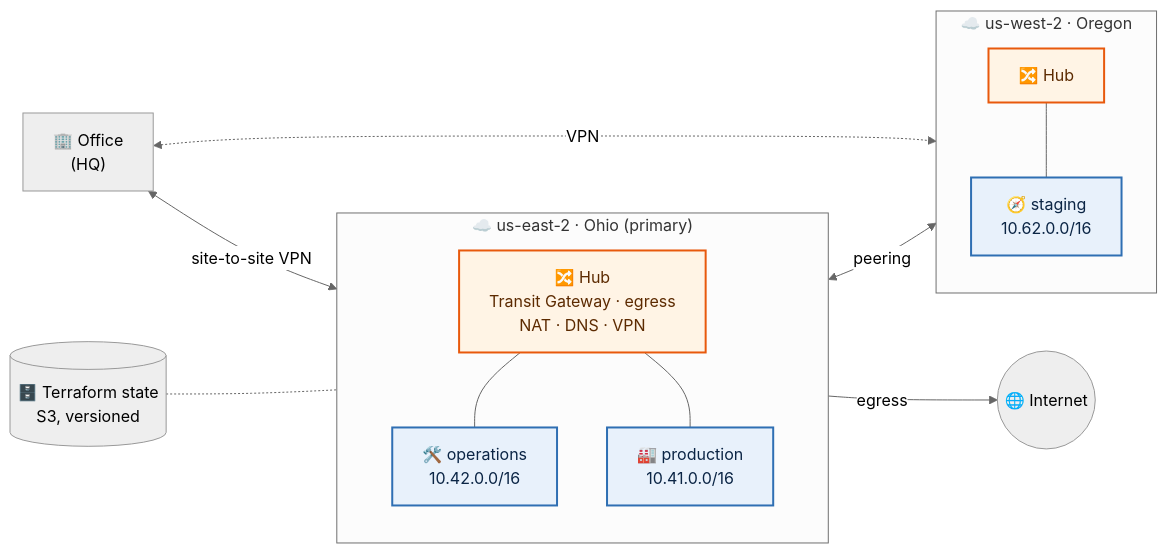
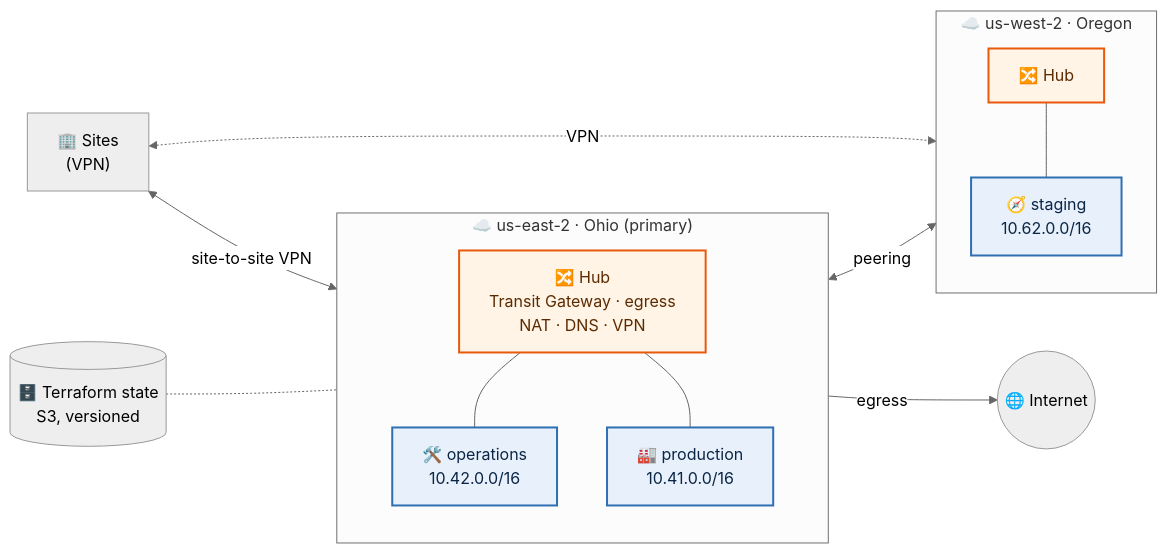
One commit to justin-samuel12/terraform-aws-scaffold changed the first of 5 diagrams in README.md. Above: the diagram before and after it, drawn with Mermaid (neutral theme). The commit also changed other lines of this file and 978 other files, not shown here.

````diff
--- a/README.md
+++ b/README.md
@@ -14,34 +14,34 @@
 ```mermaid
 flowchart LR
-  office["🏢 Office<br/>(HQ)"]
+  office["🏢 Sites<br/>(VPN)"]
 
   subgraph ohio["☁️ us-east-2 · Ohio (primary)"]
     direction TB
     hub["🔀 Hub<br/>Transit Gateway · egress<br/>NAT · DNS · VPN"]
     ops["🛠️ operations<br/>10.42.0.0/16"]
     prd["🏭 production<br/>10.41.0.0/16"]
     hub --- ops
     hub --- prd
   end
 
   subgraph oregon["☁️ us-west-2 · Oregon"]
     direction TB
     hub2["🔀 Hub"]
     stg["🧭 staging<br/>10.62.0.0/16"]
     hub2 --- stg
   end
 
   internet(("🌐 Internet"))
   state[("🗄️ Terraform state<br/>S3, versioned")]
 
   office <-->|site-to-site VPN| hub
   office <-.->|VPN| hub2
   hub <-->|peering| hub2
   hub -->|egress| internet
   state -.- ohio
 
   classDef env fill:#e8f1fb,stroke:#2f6fb3,stroke-width:2px,color:#0b2545
   classDef hubs fill:#fff4e5,stroke:#e8590c,stroke-width:2px,color:#5c2a00
   class ops,prd,stg env
   class hub,hub2 hubs
 ```
````
